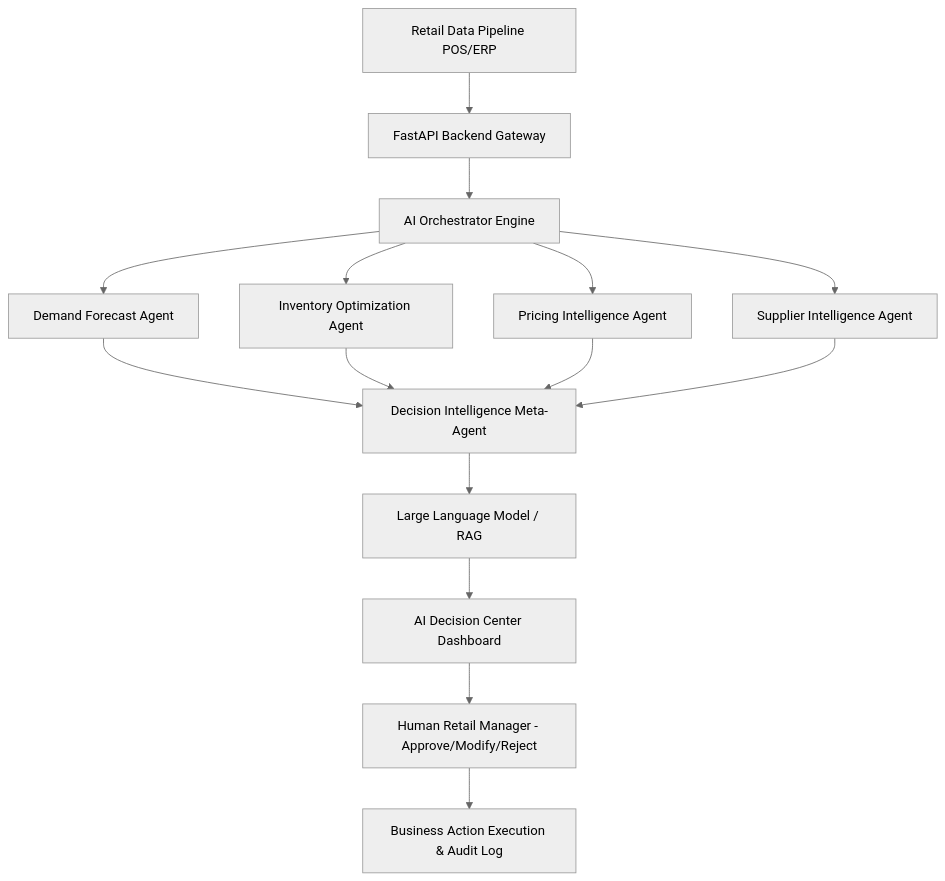
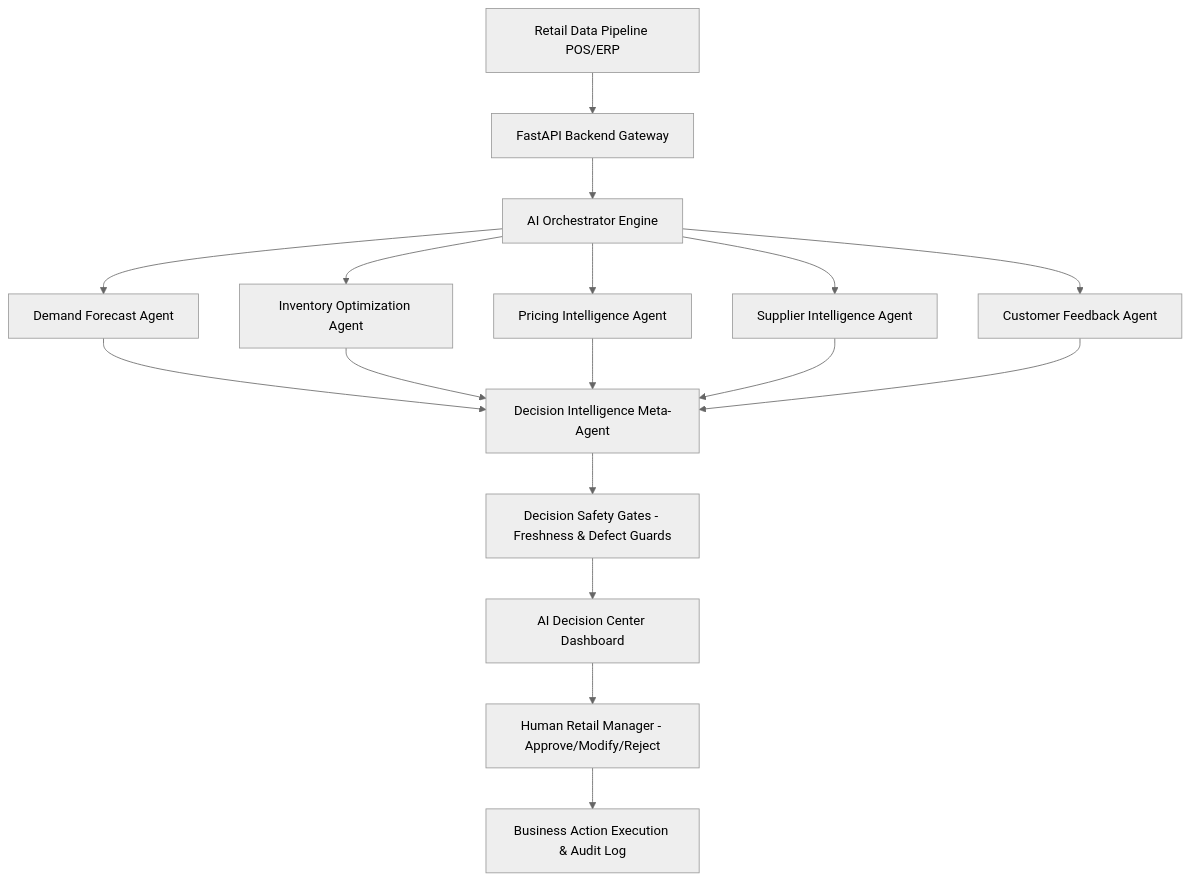
One commit to chinmay-sys/RetaillMind changed the first of 3 diagrams in ARCHITECTURE.md. Above: the diagram before and after it, drawn with Mermaid (neutral theme). The commit also changed other lines of this file and 26 other files, not shown here.

Commit message:
feat(intelligence): harden multi-agent safety gates, review sync pipeline, and decision reviews

````diff
--- a/ARCHITECTURE.md
+++ b/ARCHITECTURE.md
@@ -18,20 +18,22 @@
 ```mermaid
 graph TD
     A[Retail Data Pipeline POS/ERP] --> B[FastAPI Backend Gateway]
     B --> C[AI Orchestrator Engine]
     
     C --> D[Demand Forecast Agent]
     C --> E[Inventory Optimization Agent]
     C --> F[Pricing Intelligence Agent]
     C --> G[Supplier Intelligence Agent]
+    C --> H[Customer Feedback Agent]
     
-    D --> H[Decision Intelligence Meta-Agent]
-    E --> H
-    F --> H
-    G --> H
+    D --> I[Decision Intelligence Meta-Agent]
+    E --> I
+    F --> I
+    G --> I
+    H --> I
     
-    H --> I[Large Language Model / RAG]
-    I --> J[AI Decision Center Dashboard]
-    J --> K[Human Retail Manager - Approve/Modify/Reject]
-    K --> L[Business Action Execution & Audit Log]
+    I --> J[Decision Safety Gates - Freshness & Defect Guards]
+    J --> K[AI Decision Center Dashboard]
+    K --> L[Human Retail Manager - Approve/Modify/Reject]
+    L --> M[Business Action Execution & Audit Log]
 ```
````
